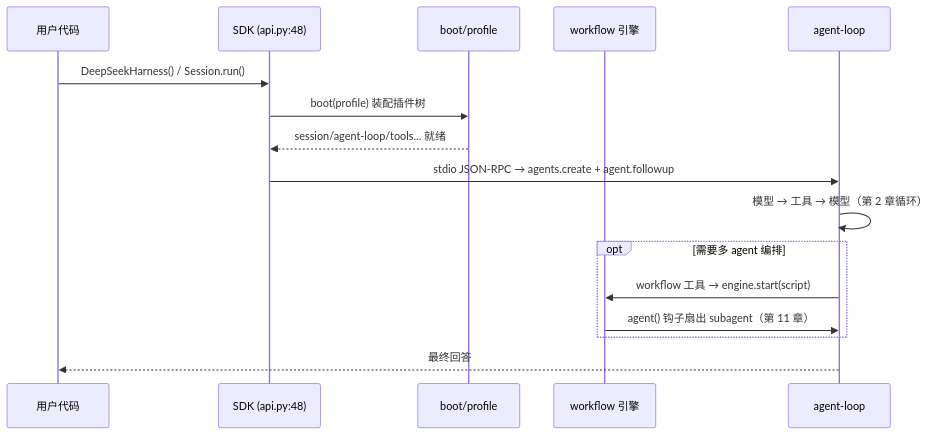
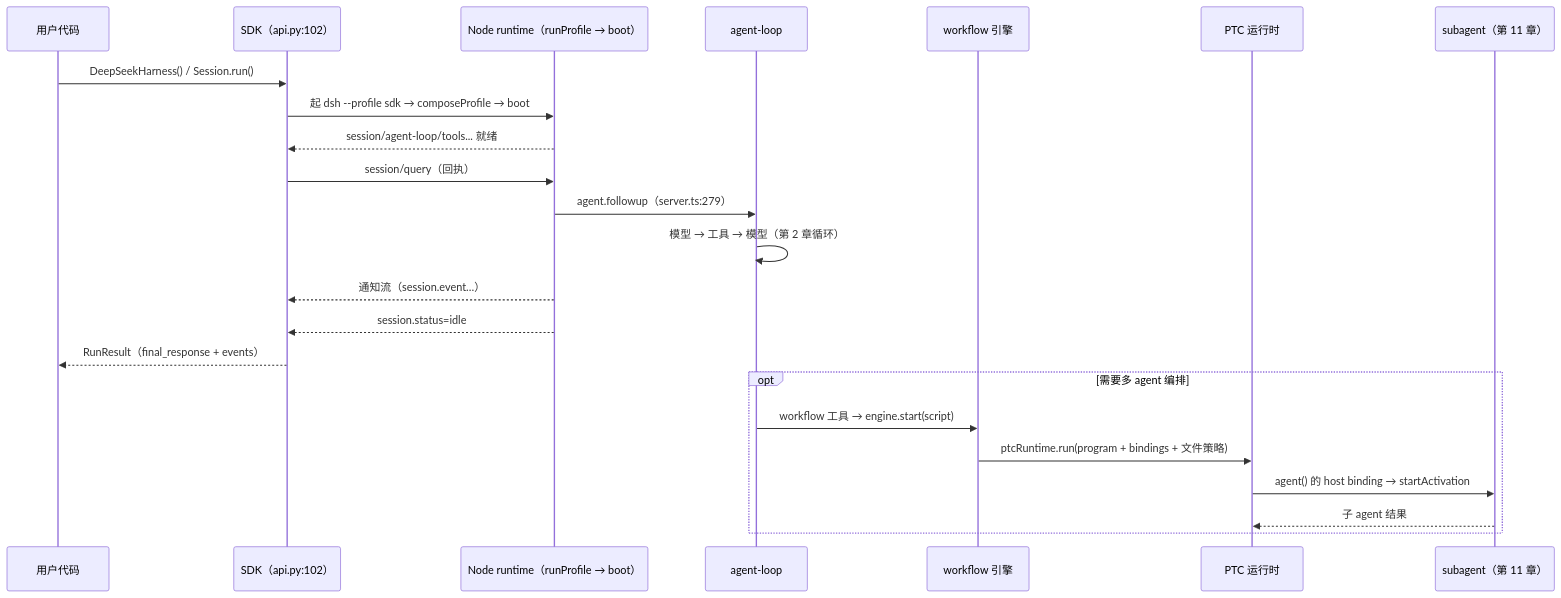
The second of 2 diagrams in ch17/ch17-workflow-ralph-python-e2e_zh.md (ChenYu1991ppak/deepseek-harness-anatomy), drawn with Mermaid before and after one commit. The commit also changed other lines of this file and 124 other files, not shown here.

````diff
--- a/ch17/ch17-workflow-ralph-python-e2e_zh.md
+++ b/ch17/ch17-workflow-ralph-python-e2e_zh.md
@@ -390,18 +618,25 @@
 ```mermaid
 sequenceDiagram
     participant U as 用户代码
-    participant S as SDK (api.py:48)
-    participant B as boot/profile
+    participant S as SDK（api.py:102）
+    participant B as Node runtime（runProfile → boot）
+    participant A as agent-loop
     participant W as workflow 引擎
-    participant A as agent-loop
+    participant P as PTC 运行时
+    participant SB as subagent（第 11 章）
     U->>S: DeepSeekHarness() / Session.run()
-    S->>B: boot(profile) 装配插件树
+    S->>B: 起 dsh --profile sdk → composeProfile → boot
     B-->>S: session/agent-loop/tools... 就绪
-    S->>A: stdio JSON-RPC → agents.create + agent.followup
+    S->>B: session/query（回执）
+    B->>A: agent.followup（server.ts:279）
     A->>A: 模型 → 工具 → 模型（第 2 章循环）
+    B-->>S: 通知流（session.event…）
+    B-->>S: session.status=idle
+    S-->>U: RunResult（final_response + events）
     opt 需要多 agent 编排
         A->>W: workflow 工具 → engine.start(script)
-        W->>A: agent() 钩子扇出 subagent（第 11 章）
+        W->>P: ptcRuntime.run(program + bindings + 文件策略)
+        P->>SB: agent() 的 host binding → startActivation
+        SB-->>P: 子 agent 结果
     end
-    A-->>U: 最终回答
 ```
````
